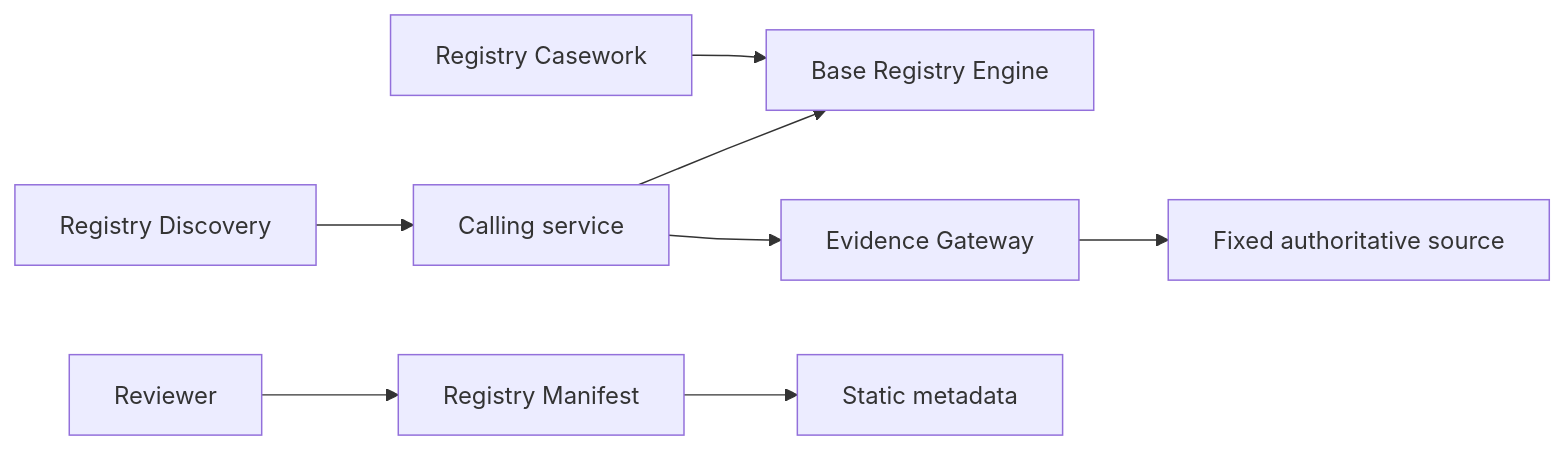
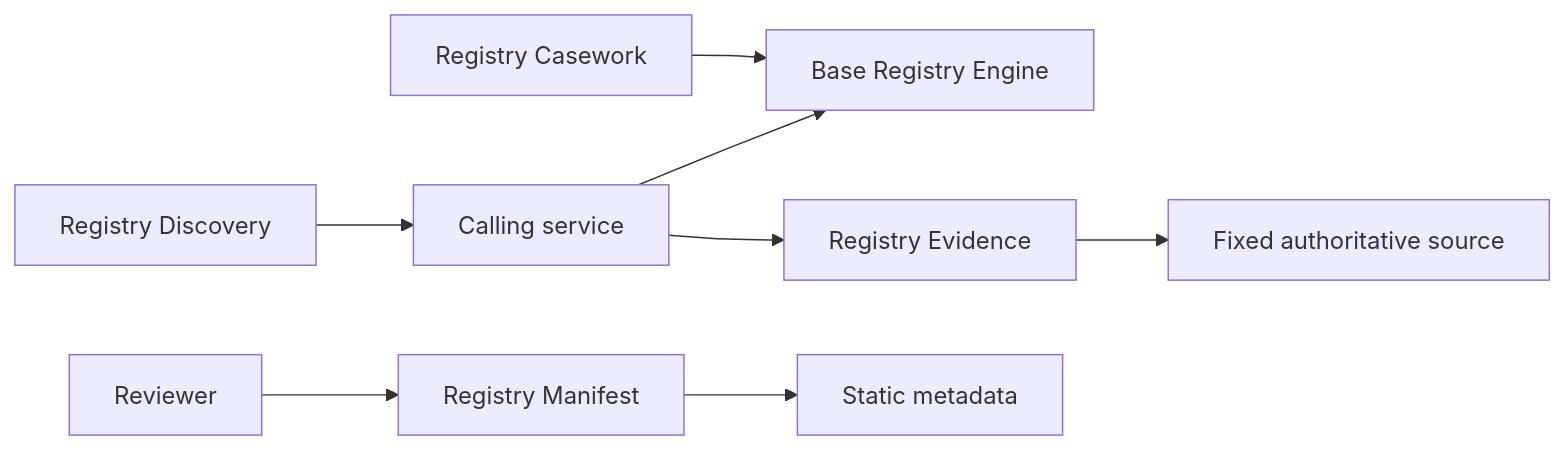
The diagram in docs/site/src/content/docs/explanation/architecture.mdx (registrystack/registry-stack), drawn with Mermaid before and after one commit. The commit also changed other lines of this file and 160 other files, not shown here.

````diff
--- a/docs/site/src/content/docs/explanation/architecture.mdx
+++ b/docs/site/src/content/docs/explanation/architecture.mdx
@@ -21,10 +21,10 @@
 ```mermaid
 flowchart LR
   Caller[Calling service] --> BReg[Base Registry Engine]
-  Caller --> Evidence[Evidence Gateway]
+  Caller --> Evidence[Registry Evidence]
   Evidence --> Source[Fixed authoritative source]
   Reviewer[Reviewer] --> Manifest[Registry Manifest]
   Manifest --> Static[Static metadata]
   Discovery[Registry Discovery] --> Caller
   Casework[Registry Casework] --> BReg
 ```
````
